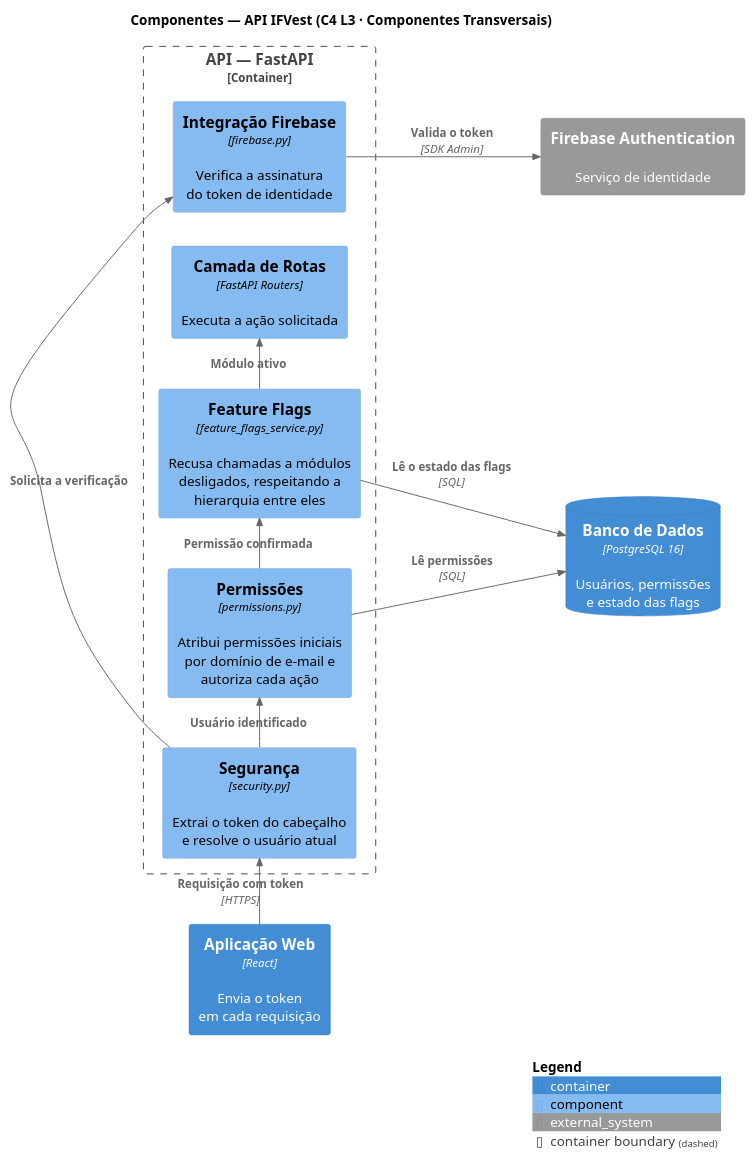
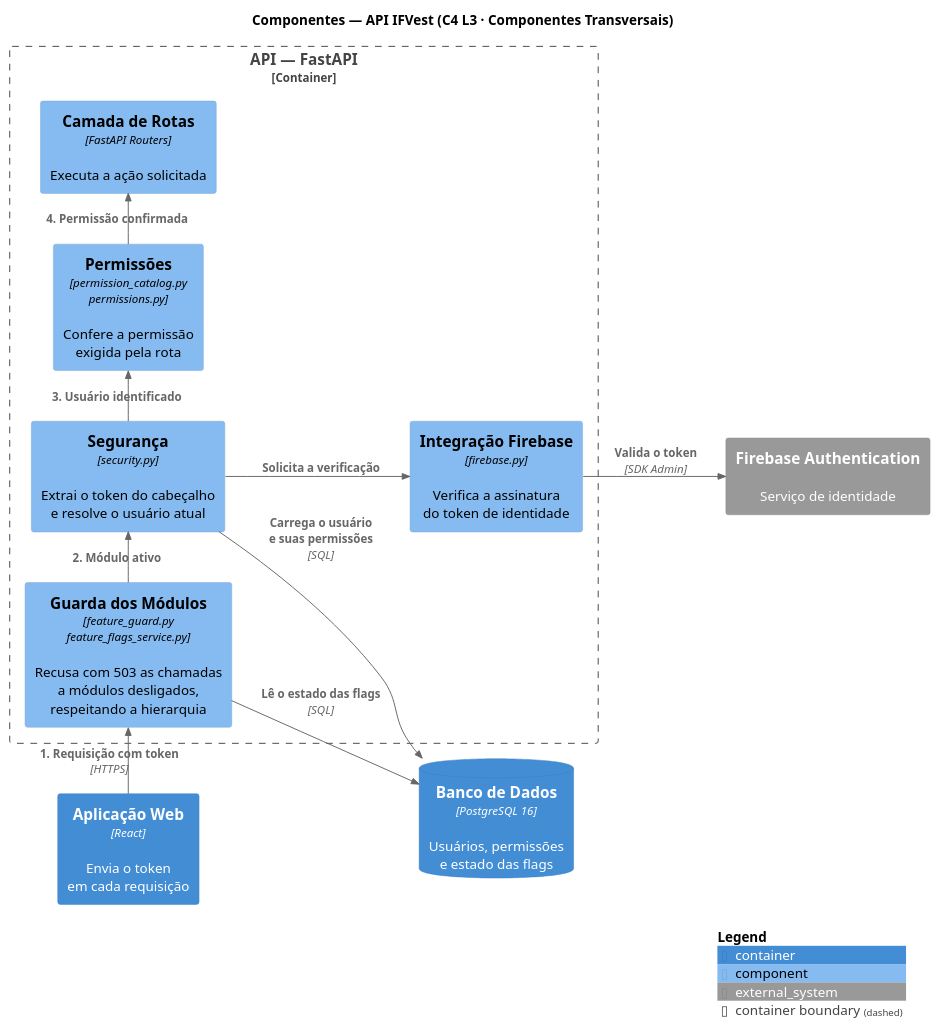
The diagram in docs/diagrams/src/c4_l3_componentes_3.puml (IthaloCavalcante/ifvest-docs), drawn with PlantUML before and after one commit. The commit also changed 17 other files, not shown here.

```diff
--- a/docs/diagrams/src/c4_l3_componentes_3.puml
+++ b/docs/diagrams/src/c4_l3_componentes_3.puml
@@ -1,31 +1,31 @@
 @startuml C4_Componentes_API_Transversais
 !include https://raw.githubusercontent.com/plantuml-stdlib/C4-PlantUML/master/C4_Component.puml
 
 title Componentes — API IFVest (C4 L3 · Componentes Transversais)
 
 LAYOUT_LEFT_RIGHT()
 
 Container(web, "Aplicação Web", "React", "Envia o token\nem cada requisição")
 
 Container_Boundary(api, "API — FastAPI") {
+    Component(guarda, "Guarda dos Módulos", "feature_guard.py\nfeature_flags_service.py", "Recusa com 503 as chamadas\na módulos desligados,\nrespeitando a hierarquia")
     Component(seguranca, "Segurança", "security.py", "Extrai o token do cabeçalho\ne resolve o usuário atual")
     Component(fb, "Integração Firebase", "firebase.py", "Verifica a assinatura\ndo token de identidade")
-    Component(permissoes, "Permissões", "permissions.py", "Atribui permissões iniciais\npor domínio de e-mail e\nautoriza cada ação")
-    Component(flags, "Feature Flags", "feature_flags_service.py", "Recusa chamadas a módulos\ndesligados, respeitando a\nhierarquia entre eles")
+    Component(permissoes, "Permissões", "permission_catalog.py\npermissions.py", "Confere a permissão\nexigida pela rota")
     Component(rotas, "Camada de Rotas", "FastAPI Routers", "Executa a ação solicitada")
 }
 
 System_Ext(firebase, "Firebase Authentication", "Serviço de identidade")
 ContainerDb(db, "Banco de Dados", "PostgreSQL 16", "Usuários, permissões\ne estado das flags")
 
-Rel_R(web, seguranca, "Requisição com token", "HTTPS")
-Rel_R(seguranca, fb, "Solicita a verificação")
+Rel_R(web, guarda, "1. Requisição com token", "HTTPS")
+Rel_R(guarda, seguranca, "2. Módulo ativo")
+Rel_D(seguranca, fb, "Solicita a verificação")
 Rel_D(fb, firebase, "Valida o token", "SDK Admin")
-Rel_R(seguranca, permissoes, "Usuário identificado")
-Rel_R(permissoes, flags, "Permissão confirmada")
-Rel_R(flags, rotas, "Módulo ativo")
-Rel_D(permissoes, db, "Lê permissões", "SQL")
-Rel_D(flags, db, "Lê o estado das flags", "SQL")
+Rel_R(seguranca, permissoes, "3. Usuário identificado")
+Rel_R(permissoes, rotas, "4. Permissão confirmada")
+Rel_D(guarda, db, "Lê o estado das flags", "SQL")
+Rel_D(seguranca, db, "Carrega o usuário\ne suas permissões", "SQL")
 
 SHOW_LEGEND()
 @enduml
```
